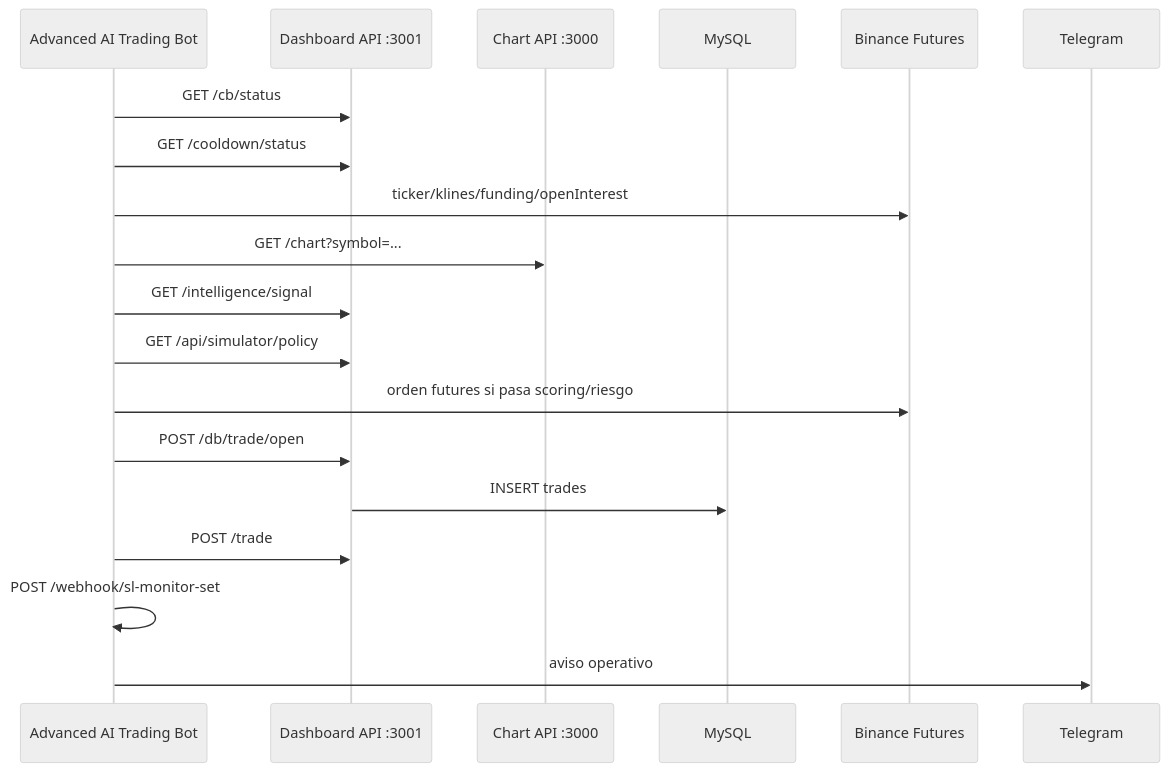
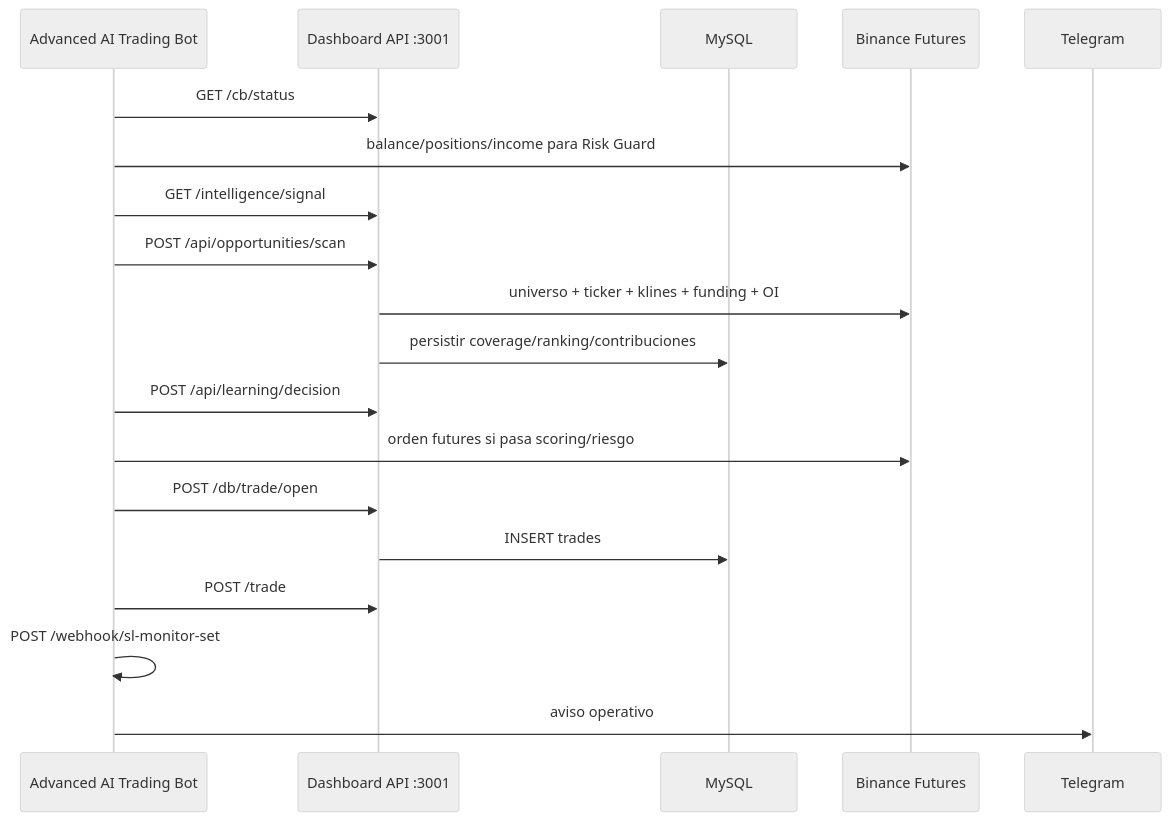
Before and after one commit to dycr1603-source/aterum_gui: the sixth of 8 diagrams in docs/architecture/architecture.md, drawn with Mermaid (neutral theme). The commit also changed other lines of this file and 20 other files, not shown here.

````diff
--- a/docs/architecture/architecture.md
+++ b/docs/architecture/architecture.md
@@ -126,22 +126,22 @@
 ```mermaid
 sequenceDiagram
   participant N8N as Advanced AI Trading Bot
   participant DASH as Dashboard API :3001
-  participant CHART as Chart API :3000
   participant DB as MySQL
   participant BIN as Binance Futures
   participant TG as Telegram
 
   N8N->>DASH: GET /cb/status
-  N8N->>DASH: GET /cooldown/status
-  N8N->>BIN: ticker/klines/funding/openInterest
-  N8N->>CHART: GET /chart?symbol=...
+  N8N->>BIN: balance/positions/income para Risk Guard
   N8N->>DASH: GET /intelligence/signal
-  N8N->>DASH: GET /api/simulator/policy
+  N8N->>DASH: POST /api/opportunities/scan
+  DASH->>BIN: universo + ticker + klines + funding + OI
+  DASH->>DB: persistir coverage/ranking/contribuciones
+  N8N->>DASH: POST /api/learning/decision
   N8N->>BIN: orden futures si pasa scoring/riesgo
   N8N->>DASH: POST /db/trade/open
   DASH->>DB: INSERT trades
   N8N->>DASH: POST /trade
   N8N->>N8N: POST /webhook/sl-monitor-set
   N8N->>TG: aviso operativo
 ```
````
